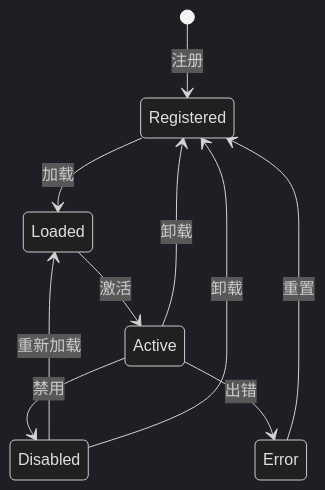
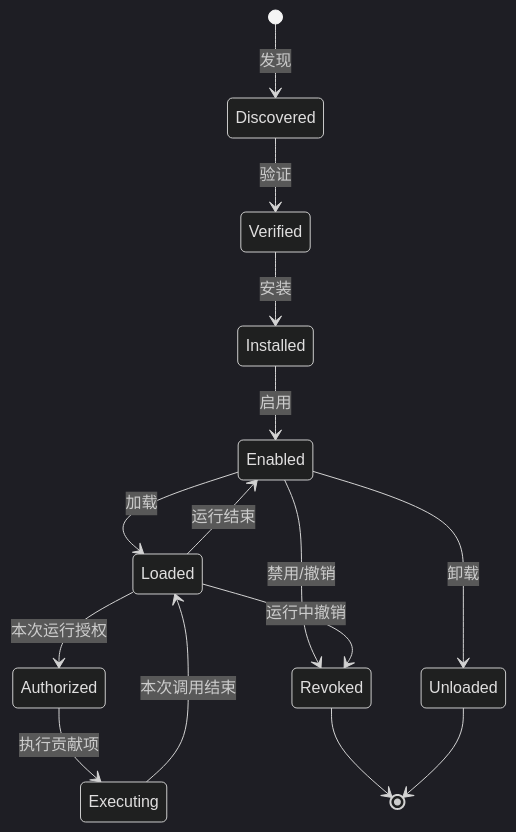
The second of 2 diagrams in docs/chapters/14-plugin-system/README.md (dollarser/modern-ai-agent-architecture), drawn with Mermaid (dark theme) before and after one commit. The commit also changed other lines of this file and 85 other files, not shown here.

````diff
--- a/docs/chapters/14-plugin-system/README.md
+++ b/docs/chapters/14-plugin-system/README.md
@@ -83,12 +92,17 @@
 ```mermaid
 stateDiagram-v2
-    [*] --> Registered: 注册
-    Registered --> Loaded: 加载
-    Loaded --> Active: 激活
-    Active --> Disabled: 禁用
-    Disabled --> Loaded: 重新加载
-    Active --> Registered: 卸载
-    Disabled --> Registered: 卸载
-    Active --> Error: 出错
-    Error --> Registered: 重置
+    [*] --> Discovered: 发现
+    Discovered --> Verified: 验证
+    Verified --> Installed: 安装
+    Installed --> Enabled: 启用
+    Enabled --> Loaded: 加载
+    Loaded --> Authorized: 本次运行授权
+    Authorized --> Executing: 执行贡献项
+    Executing --> Loaded: 本次调用结束
+    Loaded --> Enabled: 运行结束
+    Enabled --> Unloaded: 卸载
+    Enabled --> Revoked: 禁用/撤销
+    Loaded --> Revoked: 运行中撤销
+    Revoked --> [*]
+    Unloaded --> [*]
 ```
````
